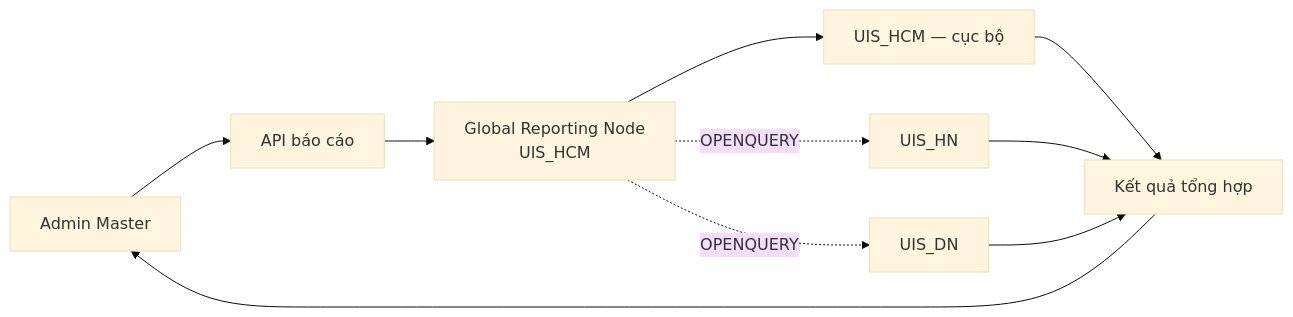
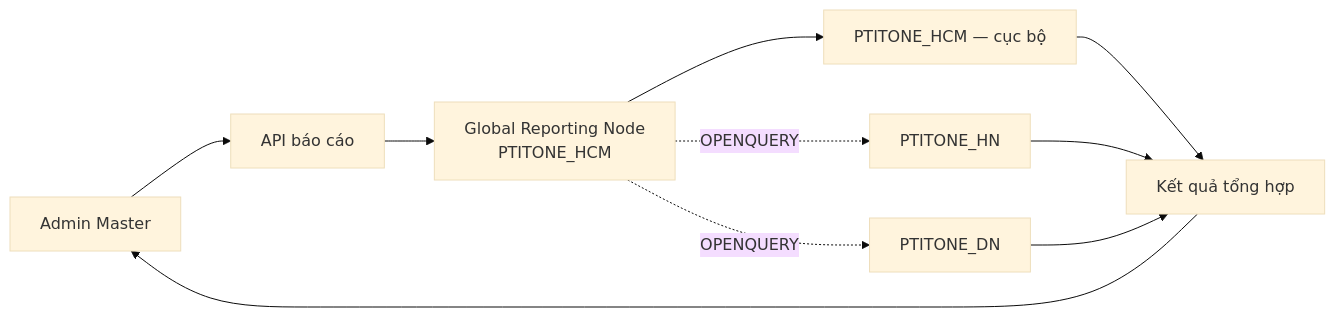
The ninth of 9 diagrams in README.md (khangdzvl050623/PTIT-One), drawn with Mermaid (base theme) before and after one commit. The commit also changed other lines of this file and 8 other files, not shown here.

First line of the commit message:
feat(db): hạ tầng replication dùng lại được, chưa phụ thuộc schema

````diff
--- a/README.md
+++ b/README.md
@@ -301,12 +301,12 @@
 ```mermaid
 flowchart LR
     AD["Admin Master"] --> API["API báo cáo"]
-    API --> RN["Global Reporting Node<br/>UIS_HCM"]
-    RN --> H["UIS_HCM — cục bộ"]
-    RN -.->|"OPENQUERY"| HN["UIS_HN"]
-    RN -.->|"OPENQUERY"| DN["UIS_DN"]
+    API --> RN["Global Reporting Node<br/>PTITONE_HCM"]
+    RN --> H["PTITONE_HCM — cục bộ"]
+    RN -.->|"OPENQUERY"| HN["PTITONE_HN"]
+    RN -.->|"OPENQUERY"| DN["PTITONE_DN"]
     H --> RS["Kết quả tổng hợp"]
     HN --> RS
     DN --> RS
     RS --> AD
 ```
````
